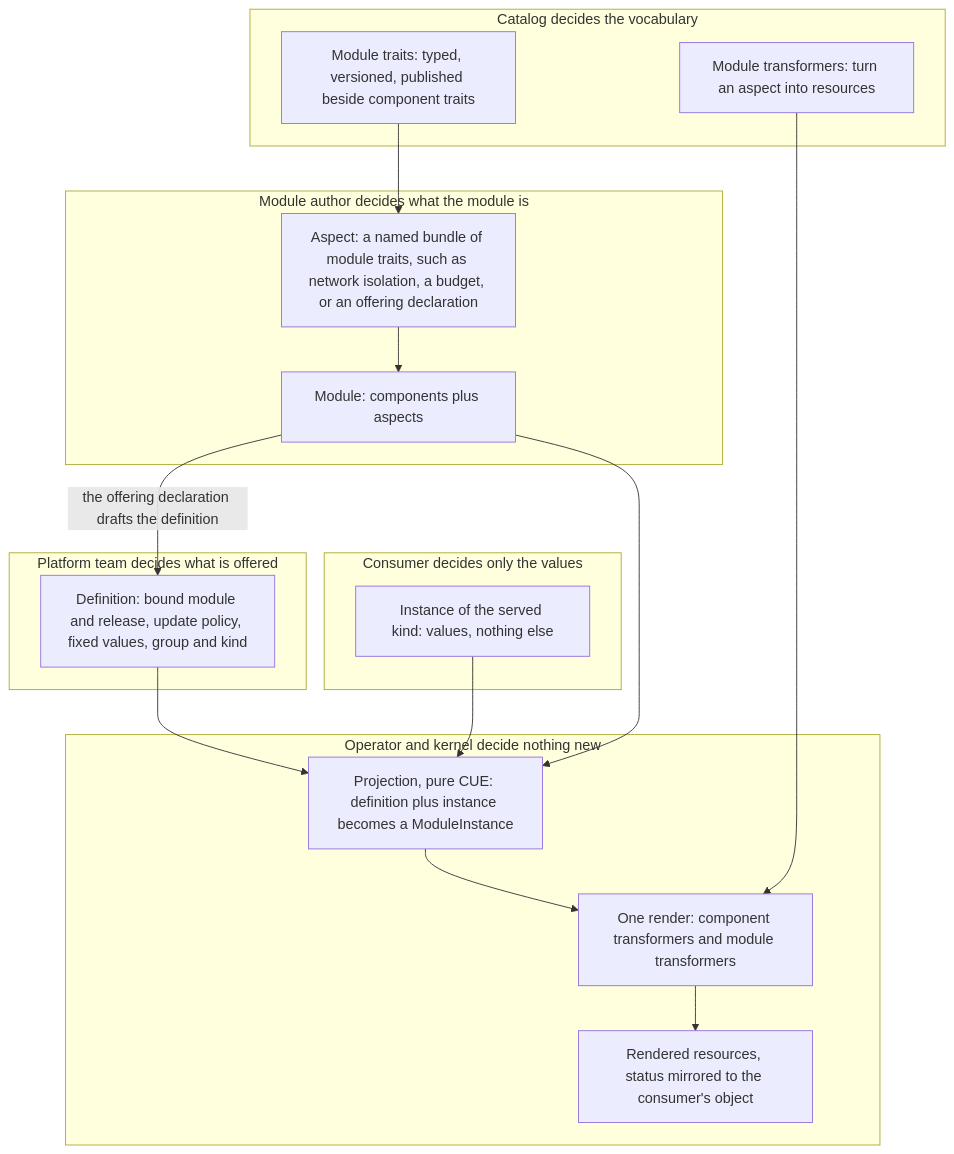
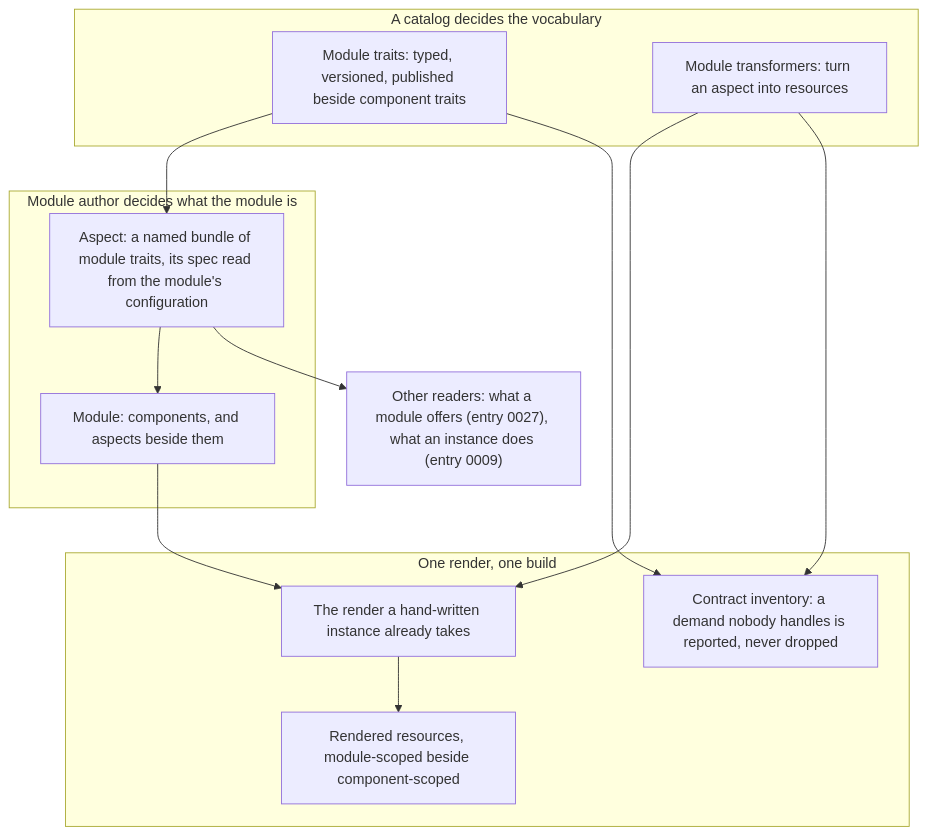
One commit to open-platform-model/enhancements changed the diagram in 0025/README.md. Above: the diagram before and after it, drawn with Mermaid. The commit also changed other lines of this file and 29 other files, not shown here.

````diff
--- a/0025/README.md
+++ b/0025/README.md
@@ -25,31 +19,25 @@
 ```mermaid
 flowchart TB
     subgraph author["Module author decides what the module is"]
-        mod["Module: components plus aspects"]
-        asp["Aspect: a named bundle of module traits, such as network isolation, a budget, or an offering declaration"]
+        mod["Module: components, and aspects beside them"]
+        asp["Aspect: a named bundle of module traits, its spec read from the module's configuration"]
     end
-    subgraph catalog["Catalog decides the vocabulary"]
+    subgraph catalog["A catalog decides the vocabulary"]
         mt["Module traits: typed, versioned, published beside component traits"]
         mtx["Module transformers: turn an aspect into resources"]
     end
-    subgraph platform["Platform team decides what is offered"]
-        def["Definition: bound module and release, update policy, fixed values, group and kind"]
+    subgraph runtime["One render, one build"]
+        inv["Contract inventory: a demand nobody handles is reported, never dropped"]
+        render["The render a hand-written instance already takes"]
+        res["Rendered resources, module-scoped beside component-scoped"]
     end
-    subgraph consumer["Consumer decides only the values"]
-        inst["Instance of the served kind: values, nothing else"]
-    end
-    subgraph runtime["Operator and kernel decide nothing new"]
-        proj["Projection, pure CUE: definition plus instance becomes a ModuleInstance"]
-        render["One render: component transformers and module transformers"]
-        res["Rendered resources, status mirrored to the consumer's object"]
-    end
+    readers["Other readers: what a module offers (entry 0027), what an instance does (entry 0009)"]
     mt --> asp
     asp --> mod
-    mod -- "the offering declaration drafts the definition" --> def
-    def --> proj
-    inst --> proj
-    mod --> proj
-    proj --> render
+    mod --> render
     mtx --> render
+    mt --> inv
+    mtx --> inv
     render --> res
+    asp --> readers
 ```
````
